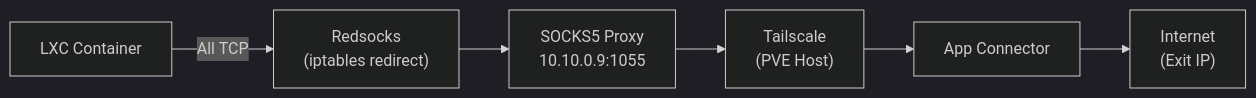
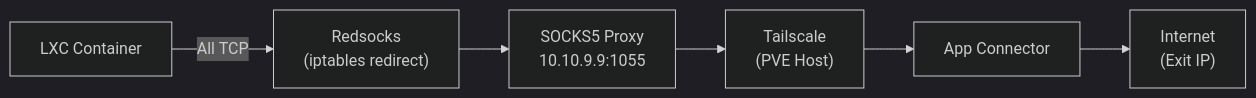
The diagram in 2️⃣-Drafts/pve/PVE-LXC-App-Connectors.md (karlorz/obsidian_vault), drawn with Mermaid (dark theme) before and after one commit. The commit also changed other lines of this file and 1 other file, not shown here.

Commit message:
vault backup: 2026-01-12 01:51:40

````diff
--- a/2️⃣-Drafts/pve/PVE-LXC-App-Connectors.md
+++ b/2️⃣-Drafts/pve/PVE-LXC-App-Connectors.md
@@ -7,8 +7,8 @@
 ```mermaid
 flowchart LR
     LXC["LXC Container"] -->|"All TCP"| RS["Redsocks\n(iptables redirect)"]
-    RS --> Proxy["SOCKS5 Proxy\n10.10.0.9:1055"]
+    RS --> Proxy["SOCKS5 Proxy\n10.10.9.9:1055"]
     Proxy --> TS["Tailscale\n(PVE Host)"]
     TS --> AC["App Connector"]
     AC --> Internet["Internet\n(Exit IP)"]
 ```
````
